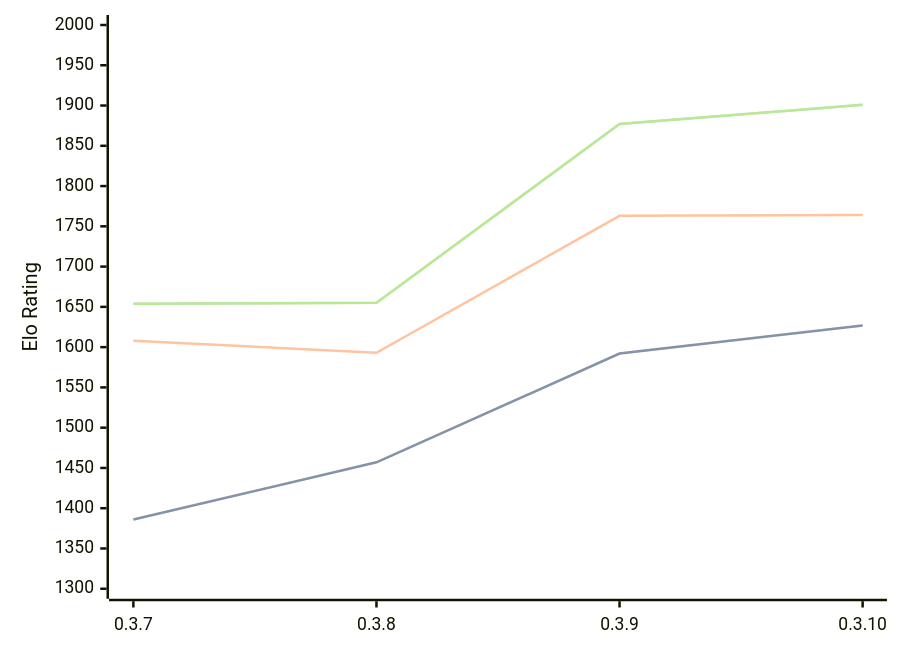
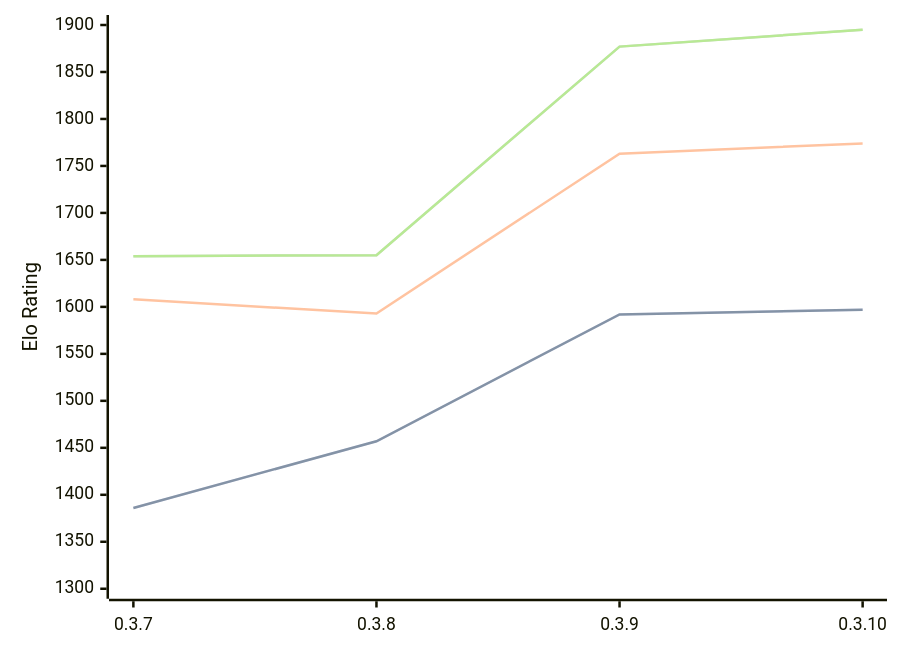
One commit to computer-chess-index/cci changed the diagram in engines/Arche.md. Above: the diagram before and after it, drawn with Mermaid. The commit also changed other lines of this file, not shown here.

Commit message:
Update CCI Ratings (ELO VLTC) - 2026-08-25

````diff
--- a/engines/Arche.md
+++ b/engines/Arche.md
@@ -34,11 +34,11 @@
 ```mermaid
 %%{init: {"theme":"base","themeVariables":{"seriesColors:['#a3a3a3','#222221','#faa371']}}}%%
 xychart-beta
   x-axis ["0.3.7", "0.3.8", "0.3.9", "0.3.10"]
-  y-axis "Elo Rating" 1300 --> 2000
-  line "STC (8.0+0.08s)" [1386, 1457, 1592, 1627]
-  line "STC (8.0+0.08s)" [1386, 1457, 1592, 1627]
-  line "LTC (60.0+0.60s)" [1608, 1593, 1763, 1764]
-  line "VLTC (2m24s+1.12s)" [1654, 1655, 1877, 1901]
-  line "VLTC (2m24s+1.12s)" [1654, 1655, 1877, 1901]
+  y-axis "Elo Rating" 1300 --> 1900
+  line "STC (8.0+0.08s)" [1386, 1457, 1592, 1597]
+  line "STC (8.0+0.08s)" [1386, 1457, 1592, 1597]
+  line "LTC (60.0+0.60s)" [1608, 1593, 1763, 1774]
+  line "VLTC (2m24s+1.12s)" [1654, 1655, 1877, 1895]
+  line "VLTC (2m24s+1.12s)" [1654, 1655, 1877, 1895]
 ```
````
